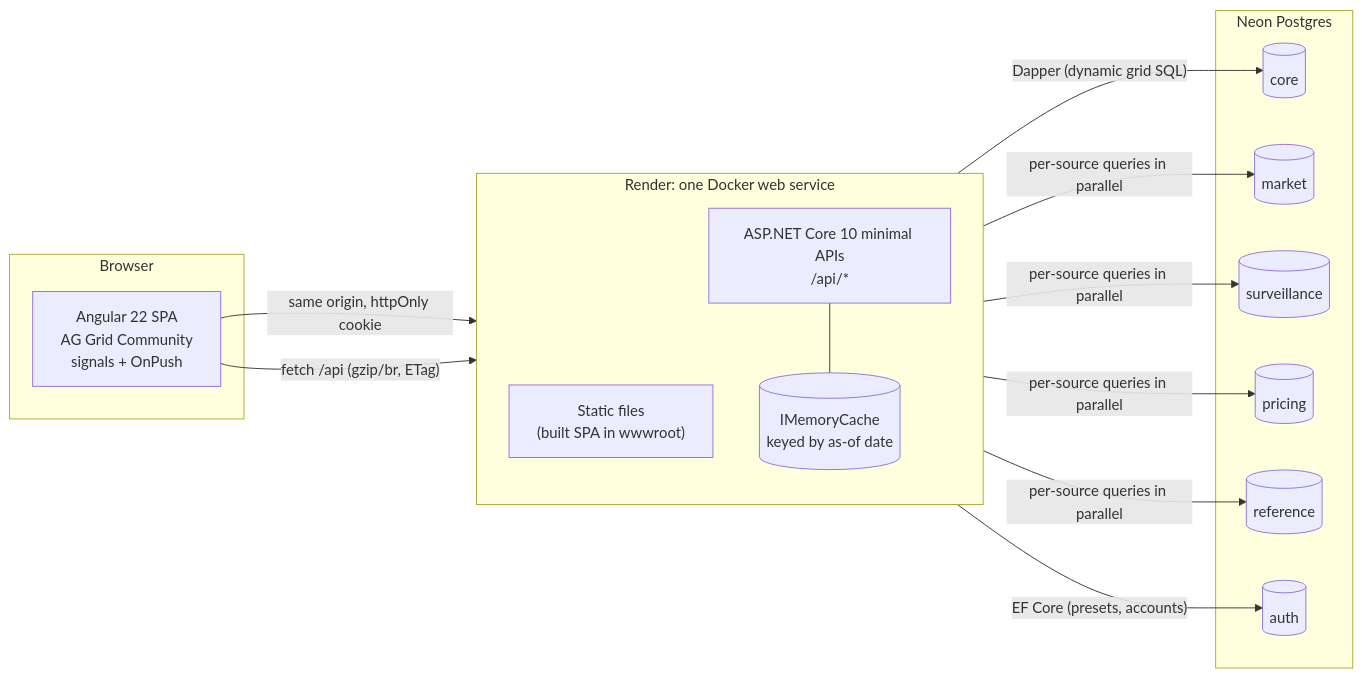
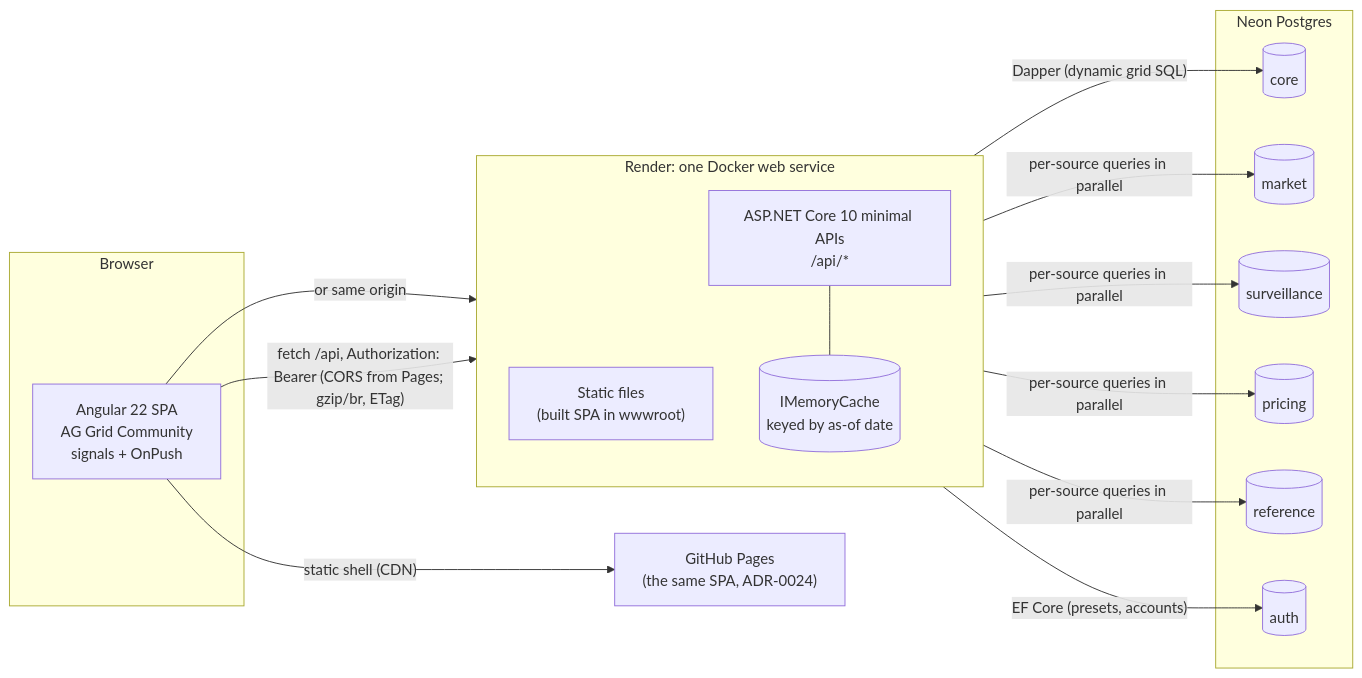
Before and after one commit to llevintza/credit-desk-analytics: the diagram in README.md, drawn with Mermaid. The commit also changed other lines of this file and 4 other files, not shown here.

First line of the commit message:
docs(adr): ADR-0024 GitHub Pages front end with bearer-token auth

````diff
--- a/README.md
+++ b/README.md
@@ -73,26 +73,28 @@
 ```mermaid
 flowchart LR
   subgraph Browser
     UI["Angular 22 SPA<br/>AG Grid Community<br/>signals + OnPush"]
   end
+  PAGES["GitHub Pages<br/>(the same SPA, ADR-0024)"]
   subgraph Render["Render: one Docker web service"]
     direction TB
     STATIC["Static files<br/>(built SPA in wwwroot)"]
     API["ASP.NET Core 10 minimal APIs<br/>/api/*"]
     CACHE[("IMemoryCache<br/>keyed by as-of date")]
     API --- CACHE
   end
   subgraph Neon["Neon Postgres"]
     CORE[(core)]
     MKT[(market)]
     SURV[(surveillance)]
     PRC[(pricing)]
     REF[(reference)]
     AUTH[(auth)]
   end
-  UI -- "same origin, httpOnly cookie" --> STATIC
-  UI -- "fetch /api (gzip/br, ETag)" --> API
+  UI -- "static shell (CDN)" --> PAGES
+  UI -- "or same origin" --> STATIC
+  UI -- "fetch /api, Authorization: Bearer (CORS from Pages; gzip/br, ETag)" --> API
   API -- "Dapper (dynamic grid SQL)" --> CORE
   API -- "EF Core (presets, accounts)" --> AUTH
   API -- "per-source queries in parallel" --> MKT & SURV & PRC & REF
 ```
````
